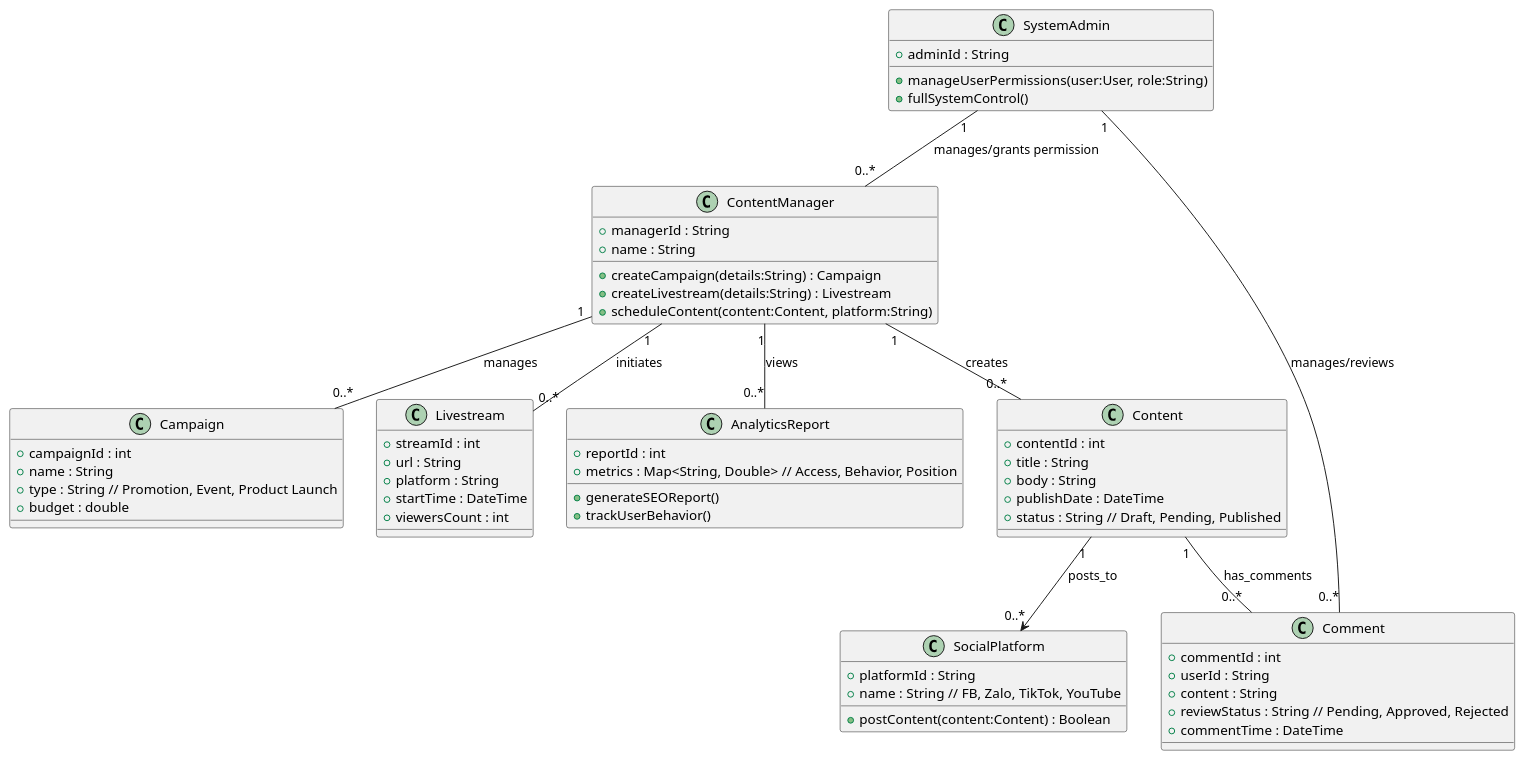
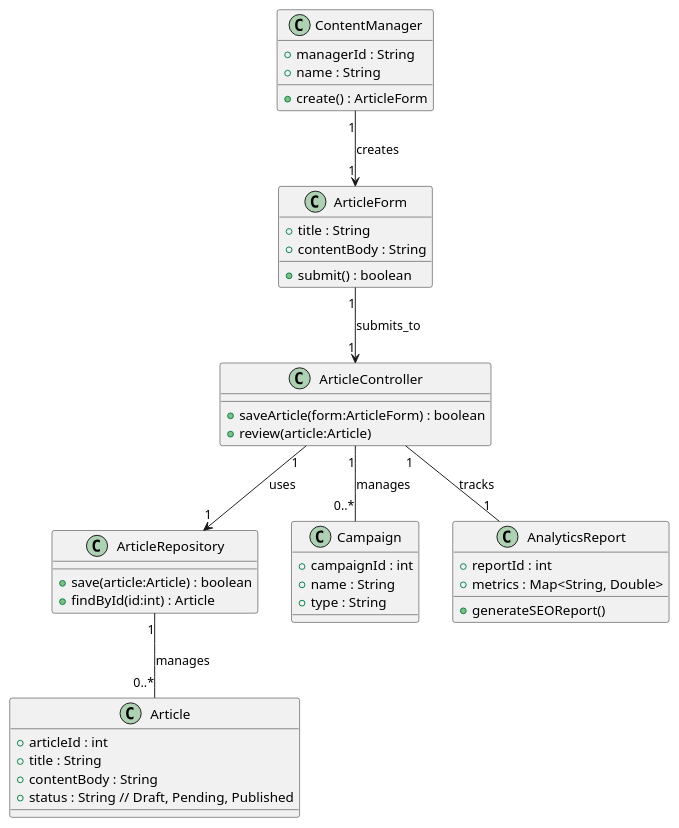
One commit to Hicam93-cmyk/nhapmon-PhanMem changed the diagram in Lab06/class-cafe-comm.puml. Above: the diagram before and after it, drawn with PlantUML.

```diff
--- a/Lab06/class-cafe-comm.puml
+++ b/Lab06/class-cafe-comm.puml
@@ -1,69 +1,53 @@
 @startuml
-class SystemAdmin {
-    + adminId : String
-    + manageUserPermissions(user:User, role:String)
-    + fullSystemControl()
-}
-
+' Lớp chính từ Sequence Diagram '
 class ContentManager {
     + managerId : String
     + name : String
-    + createCampaign(details:String) : Campaign
-    + createLivestream(details:String) : Livestream
-    + scheduleContent(content:Content, platform:String)
+    + create() : ArticleForm
 }
 
-class Content {
-    + contentId : int
+class ArticleForm {
     + title : String
-    + body : String
-    + publishDate : DateTime
+    + contentBody : String
+    + submit() : boolean
+}
+
+class ArticleController {
+    + saveArticle(form:ArticleForm) : boolean
+    + review(article:Article)
+}
+
+class ArticleRepository {
+    + save(article:Article) : boolean
+    + findById(id:int) : Article
+}
+
+class Article {
+    + articleId : int
+    + title : String
+    + contentBody : String
     + status : String // Draft, Pending, Published
 }
 
-class Comment {
-    + commentId : int
-    + userId : String
-    + content : String
-    + reviewStatus : String // Pending, Approved, Rejected
-    + commentTime : DateTime
-}
-
+' Lớp bổ sung từ Use Case Diagram '
 class Campaign {
     + campaignId : int
     + name : String
-    + type : String // Promotion, Event, Product Launch
-    + budget : double
-}
-
-class Livestream {
-    + streamId : int
-    + url : String
-    + platform : String
-    + startTime : DateTime
-    + viewersCount : int
+    + type : String
 }
 
 class AnalyticsReport {
     + reportId : int
-    + metrics : Map<String, Double> // Access, Behavior, Position
+    + metrics : Map<String, Double>
     + generateSEOReport()
-    + trackUserBehavior()
 }
 
-class SocialPlatform {
-    + platformId : String
-    + name : String // FB, Zalo, TikTok, YouTube
-    + postContent(content:Content) : Boolean
-}
+' QUAN HỆ '
+ContentManager "1" --> "1" ArticleForm : creates
+ArticleForm "1" --> "1" ArticleController : submits_to
+ArticleController "1" --> "1" ArticleRepository : uses
+ArticleRepository "1" -- "0..*" Article : manages
+ArticleController "1" -- "0..*" Campaign : manages
+ArticleController "1" -- "1" AnalyticsReport : tracks
 
-' Quan hệ (Associations) '
-SystemAdmin "1" -- "0..*" ContentManager : manages/grants permission
-ContentManager "1" -- "0..*" Content : creates
-ContentManager "1" -- "0..*" Campaign : manages
-ContentManager "1" -- "0..*" Livestream : initiates
-ContentManager "1" -- "0..*" AnalyticsReport : views
-SystemAdmin "1" -- "0..*" Comment : manages/reviews
-Content "1" -- "0..*" Comment : has_comments
-Content "1" --> "0..*" SocialPlatform : posts_to
 @enduml
```
